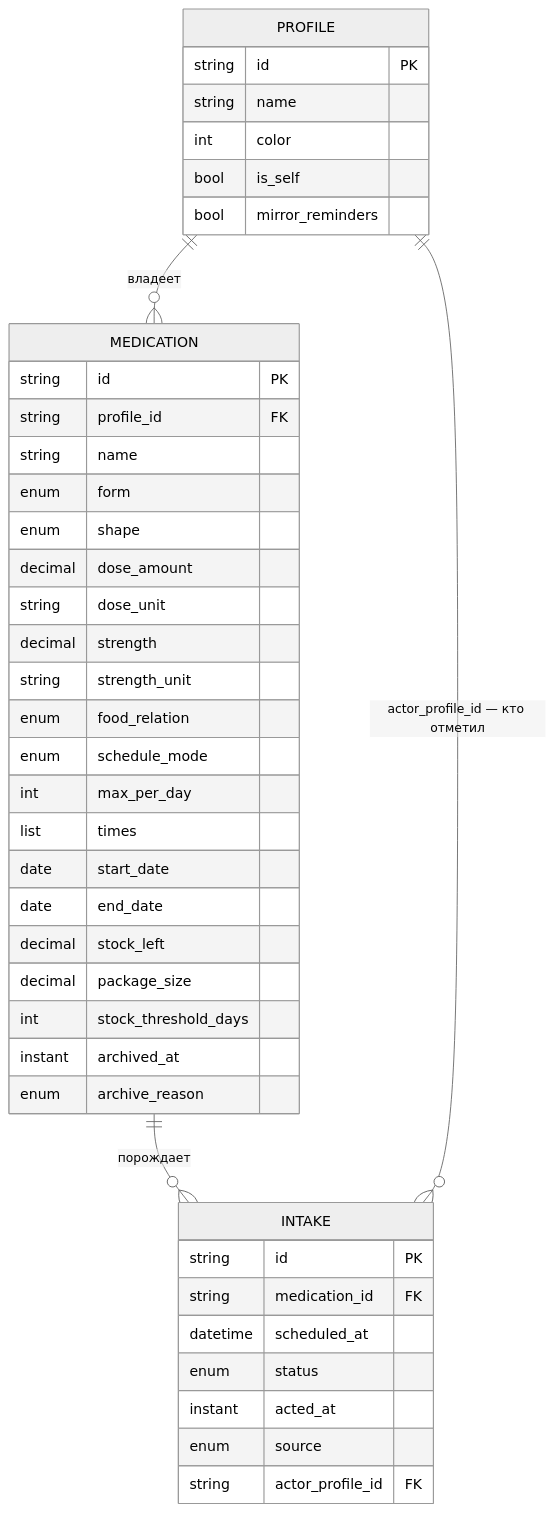
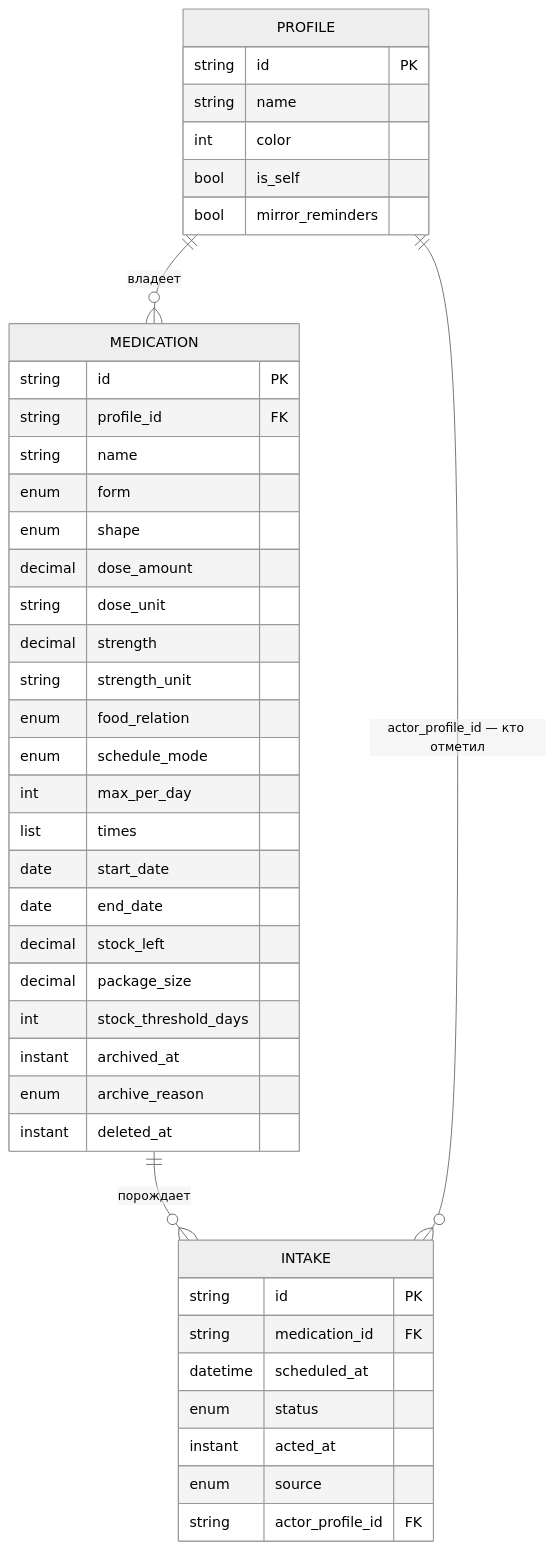
Before and after one commit to fstronin/sklyanka: the first of 2 diagrams in docs/spec/02-data-model.md, drawn with Mermaid (neutral theme). The commit also changed other lines of this file and 12 other files, not shown here.

````diff
--- a/docs/spec/02-data-model.md
+++ b/docs/spec/02-data-model.md
@@ -12,45 +12,46 @@
 ```mermaid
 erDiagram
     PROFILE ||--o{ MEDICATION : "владеет"
     MEDICATION ||--o{ INTAKE : "порождает"
     PROFILE ||--o{ INTAKE : "actor_profile_id — кто отметил"
 
     PROFILE {
         string id PK
         string name
         int color
         bool is_self
         bool mirror_reminders
     }
     MEDICATION {
         string id PK
         string profile_id FK
         string name
         enum form
         enum shape
         decimal dose_amount
         string dose_unit
         decimal strength
         string strength_unit
         enum food_relation
         enum schedule_mode
         int max_per_day
         list times
         date start_date
         date end_date
         decimal stock_left
         decimal package_size
         int stock_threshold_days
         instant archived_at
         enum archive_reason
+        instant deleted_at
     }
     INTAKE {
         string id PK
         string medication_id FK
         datetime scheduled_at
         enum status
         instant acted_at
         enum source
         string actor_profile_id FK
     }
 ```
````
